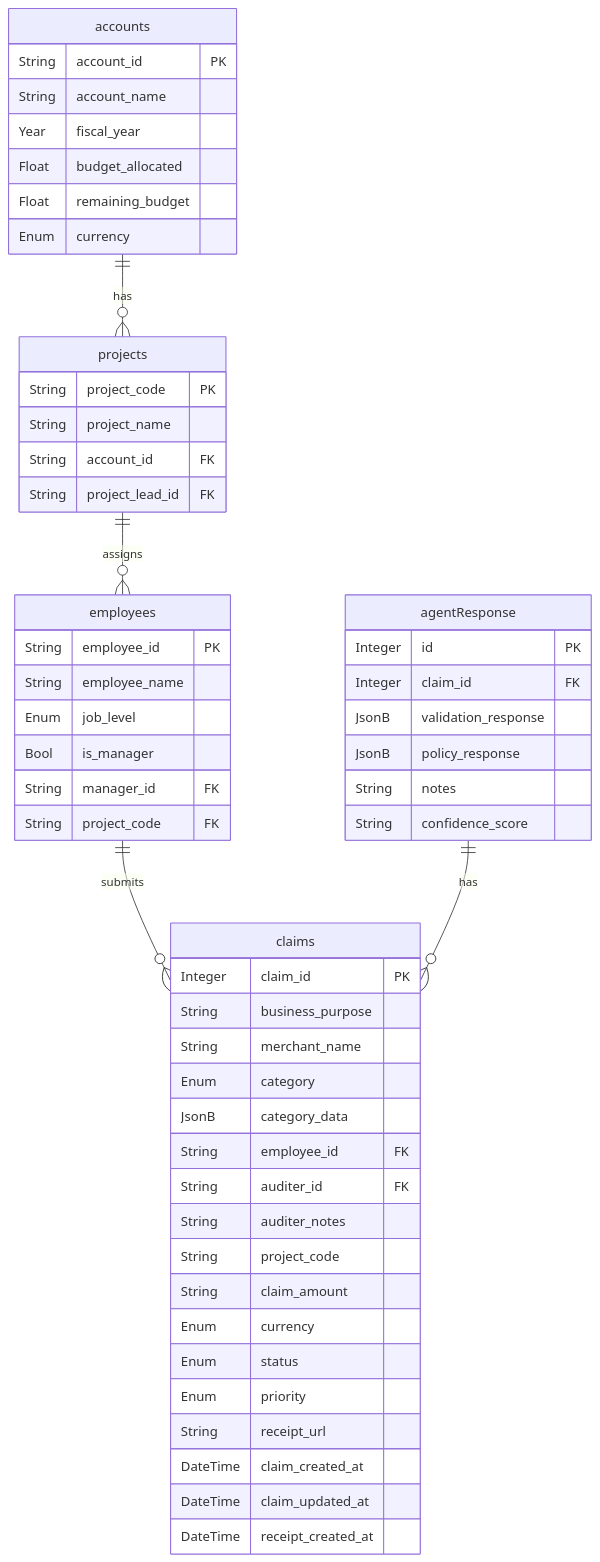
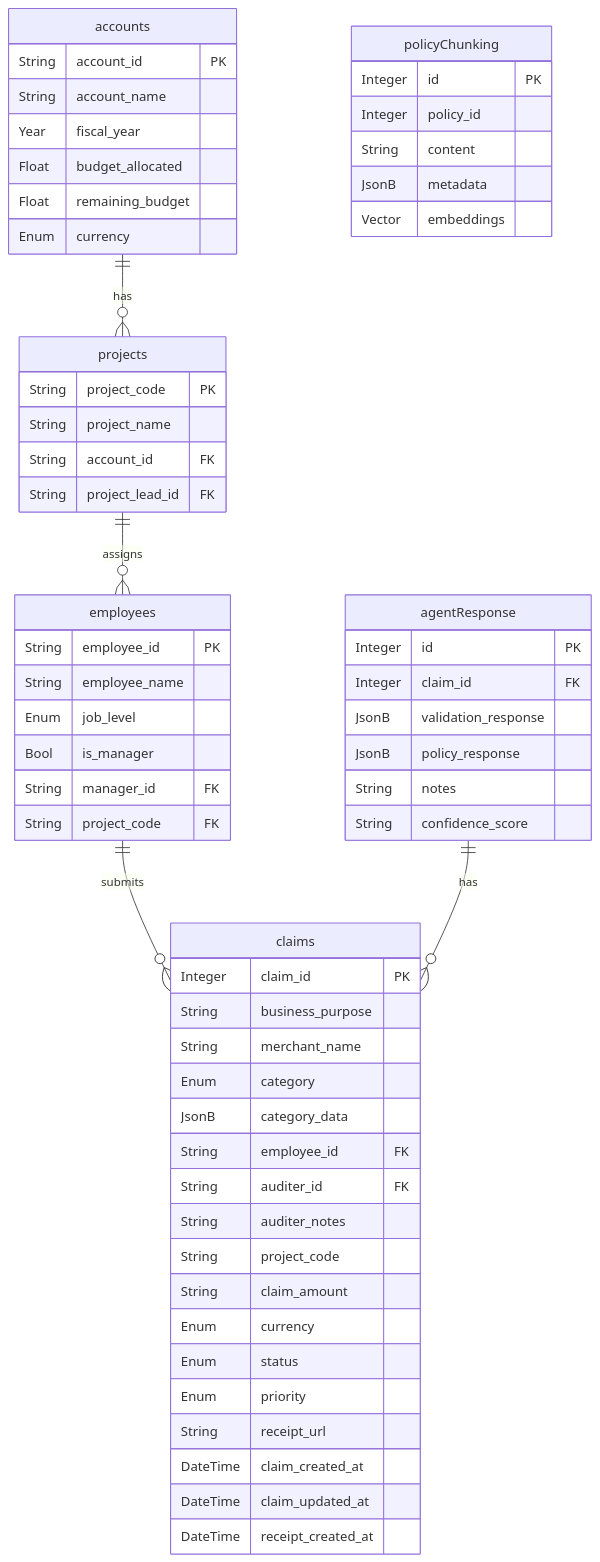
One commit to sreyas-dev-w/ai-expense-audit-assistant changed the diagram in docs/schemas/database-schema.md. Above: the diagram before and after it, drawn with Mermaid. The commit also changed other lines of this file and 3 other files, not shown here.

Commit message:
feat(api): add policy chunking model with pgvector HNSW index

````diff
--- a/docs/schemas/database-schema.md
+++ b/docs/schemas/database-schema.md
@@ -9,61 +9,69 @@
 ```mermaid
 erDiagram
     accounts {
         String account_id PK
         String account_name
         Year fiscal_year
         Float budget_allocated
         Float remaining_budget
         Enum currency
     }
 
     projects {
         String project_code PK
         String project_name
         String account_id FK
         String project_lead_id FK
     }
 
     employees {
         String employee_id PK
         String employee_name
         Enum job_level
         Bool is_manager
         String manager_id FK
         String project_code FK
     }
 
     claims {
         Integer claim_id PK
         String business_purpose
         String merchant_name
         Enum category
         JsonB category_data
         String employee_id FK
         String auditer_id FK
         String auditer_notes
         String project_code
         String claim_amount
         Enum currency
         Enum status
         Enum priority
         String receipt_url
         DateTime claim_created_at
         DateTime claim_updated_at
         DateTime receipt_created_at
     }
 
     agentResponse{
         Integer id PK
         Integer claim_id FK
         JsonB validation_response
         JsonB policy_response
         String notes
         String confidence_score
     }
 
+    policyChunking{
+        Integer id PK
+        Integer policy_id
+        String content
+        JsonB metadata
+        Vector embeddings
+    }
+
     accounts ||--o{ projects : "has"
     projects ||--o{ employees : "assigns"
     employees ||--o{ claims : "submits"
     agentResponse ||--o{ claims : "has"
 ```
````
